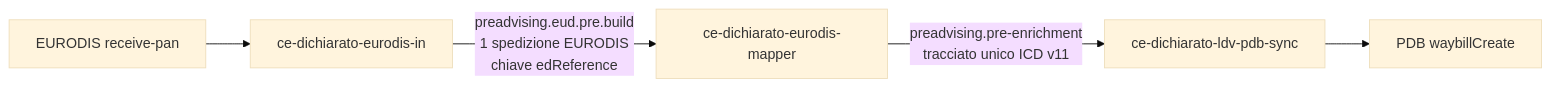
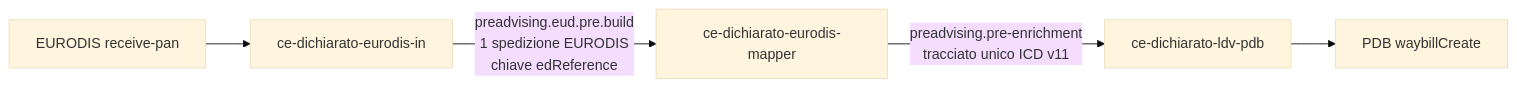
Before and after one commit to diegoMereu/sda-bmad: the first of 2 diagrams in iniziative/136596/sviluppo/ce-dichiarato-eurodis-mapper.md, drawn with Mermaid (base theme). The commit also changed other lines of this file and 18 other files, not shown here.

Commit message:
docs(136596): ms di integrazione BEP è ce-dichiarato-ldv-pdb (non -sync), Word e mapping rigenerati, A03.2 e codici status in documenti/eurodis, tolto il duplicato dalla radice

````diff
--- a/iniziative/136596/sviluppo/ce-dichiarato-eurodis-mapper.md
+++ b/iniziative/136596/sviluppo/ce-dichiarato-eurodis-mapper.md
@@ -45,7 +45,7 @@
 ```mermaid
 flowchart LR
   A[EURODIS receive-pan] --> B[ce-dichiarato-eurodis-in]
   B -- "preadvising.eud.pre.build<br/>1 spedizione EURODIS<br/>chiave edReference" --> C[ce-dichiarato-eurodis-mapper]
-  C -- "preadvising.pre-enrichment<br/>tracciato unico ICD v11" --> D[ce-dichiarato-ldv-pdb-sync]
+  C -- "preadvising.pre-enrichment<br/>tracciato unico ICD v11" --> D[ce-dichiarato-ldv-pdb]
   D --> E[PDB waybillCreate]
 ```
````
